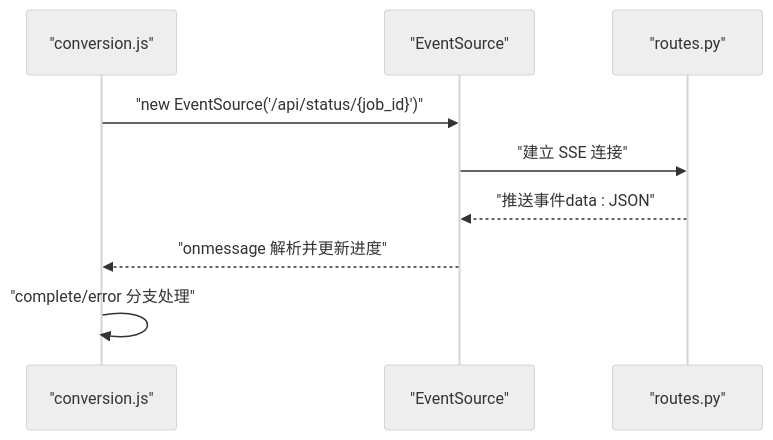
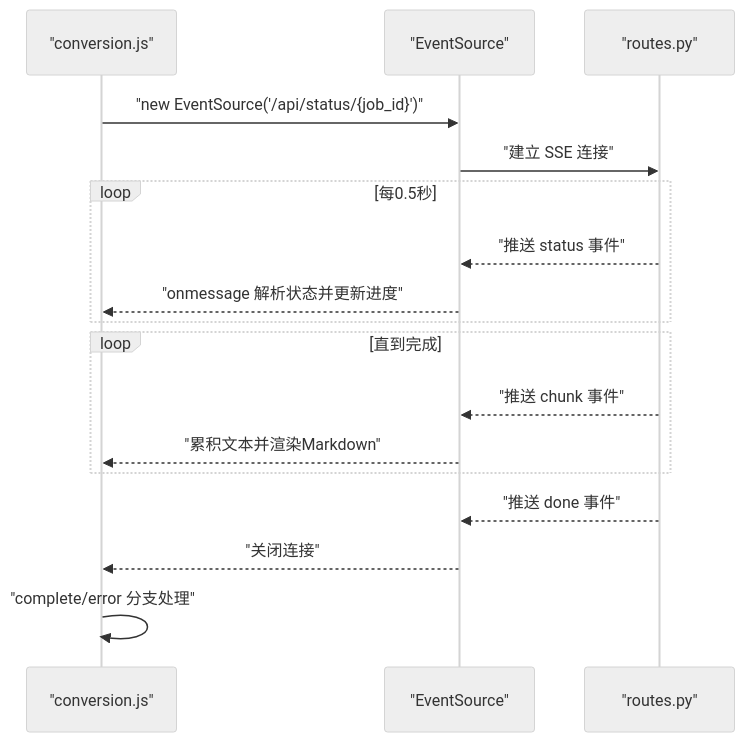
The sixth of 7 diagrams in .qoder/repowiki/zh/content/API参考文档/进度监控端点.md (tjujingzong/Novel-to-Screenplay), drawn with Mermaid (neutral theme) before and after one commit. The commit also changed other lines of this file and 21 other files, not shown here.

````diff
--- a/.qoder/repowiki/zh/content/API参考文档/进度监控端点.md
+++ b/.qoder/repowiki/zh/content/API参考文档/进度监控端点.md
@@ -262,11 +300,19 @@
 ```mermaid
 sequenceDiagram
 participant UI as "conversion.js"
 participant SSE as "EventSource"
 participant API as "routes.py"
 UI->>SSE : "new EventSource('/api/status/{job_id}')"
 SSE->>API : "建立 SSE 连接"
-API-->>SSE : "推送事件data : JSON"
-SSE-->>UI : "onmessage 解析并更新进度"
+loop 每0.5秒
+API-->>SSE : "推送 status 事件"
+SSE-->>UI : "onmessage 解析状态并更新进度"
+end
+loop 直到完成
+API-->>SSE : "推送 chunk 事件"
+SSE-->>UI : "累积文本并渲染Markdown"
+end
+API-->>SSE : "推送 done 事件"
+SSE-->>UI : "关闭连接"
 UI->>UI : "complete/error 分支处理"
 ```
````
